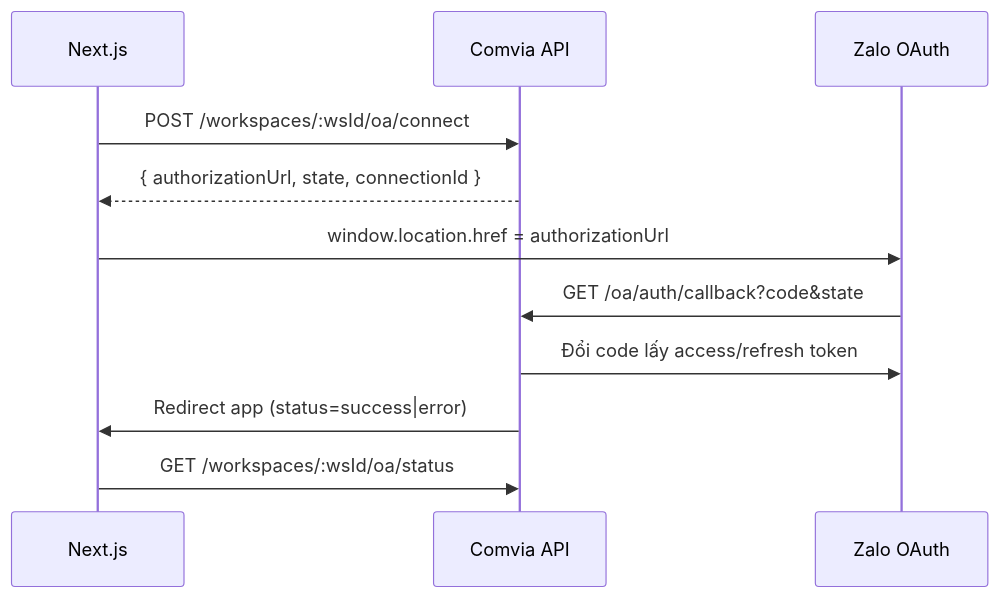
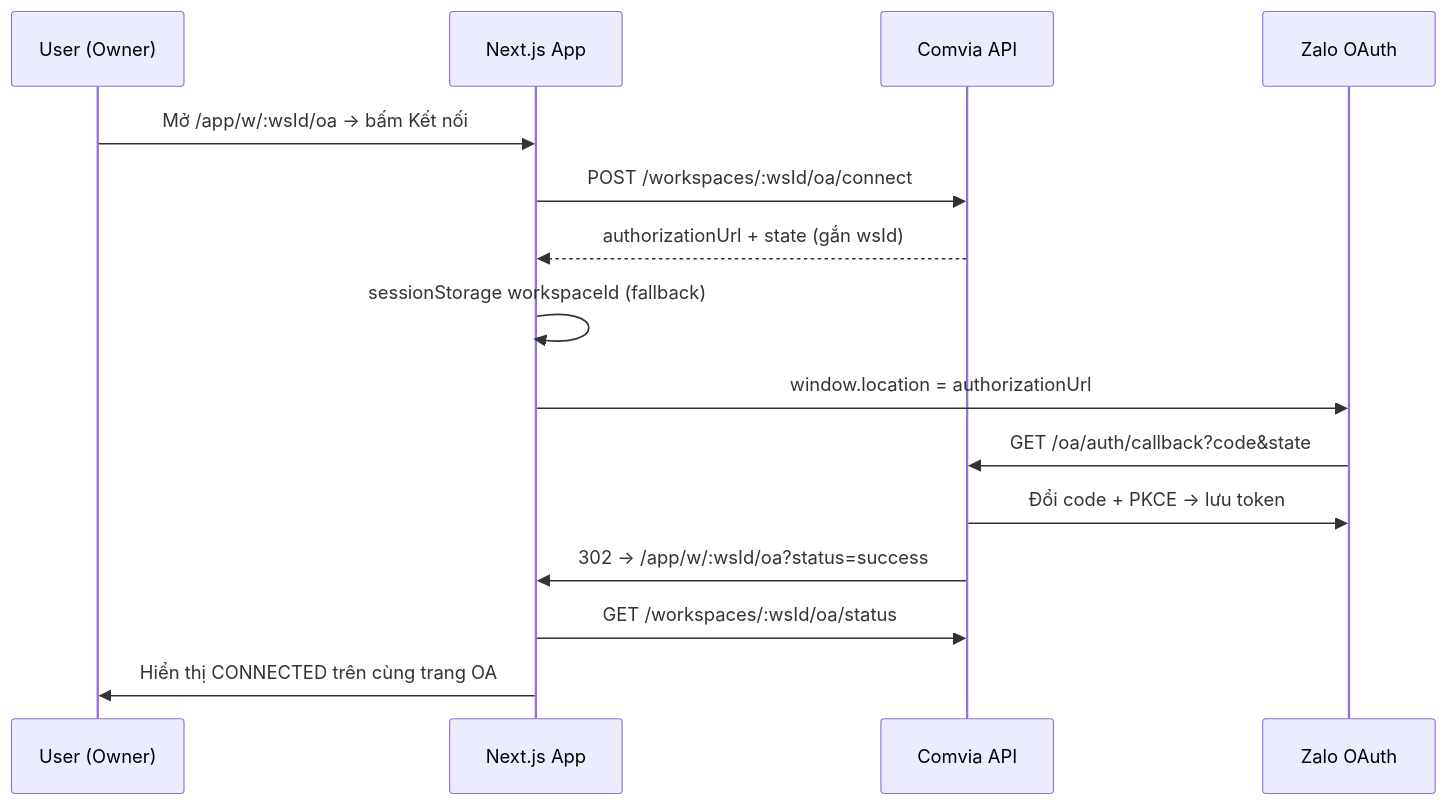
The diagram in docs/FRONTEND_API_GUIDE_NEXTJS.mdc (huong-dao/next_comvia), drawn with Mermaid before and after one commit. The commit also changed other lines of this file, not shown here.

````diff
--- a/docs/FRONTEND_API_GUIDE_NEXTJS.mdc
+++ b/docs/FRONTEND_API_GUIDE_NEXTJS.mdc
@@ -386,13 +386,17 @@
 ```mermaid
 sequenceDiagram
-  participant FE as Next.js
+  participant U as User (Owner)
+  participant FE as Next.js App
   participant API as Comvia API
   participant Zalo as Zalo OAuth
+  U->>FE: Mở /app/w/:wsId/oa → bấm Kết nối
   FE->>API: POST /workspaces/:wsId/oa/connect
-  API-->>FE: { authorizationUrl, state, connectionId }
-  FE->>Zalo: window.location.href = authorizationUrl
+  API-->>FE: authorizationUrl + state (gắn wsId)
+  FE->>FE: sessionStorage workspaceId (fallback)
+  FE->>Zalo: window.location = authorizationUrl
   Zalo->>API: GET /oa/auth/callback?code&state
-  API->>Zalo: Đổi code lấy access/refresh token
-  API->>FE: Redirect app (status=success|error)
+  API->>Zalo: Đổi code + PKCE → lưu token
+  API->>FE: 302 → /app/w/:wsId/oa?status=success
   FE->>API: GET /workspaces/:wsId/oa/status
+  FE->>U: Hiển thị CONNECTED trên cùng trang OA
 ```
````
